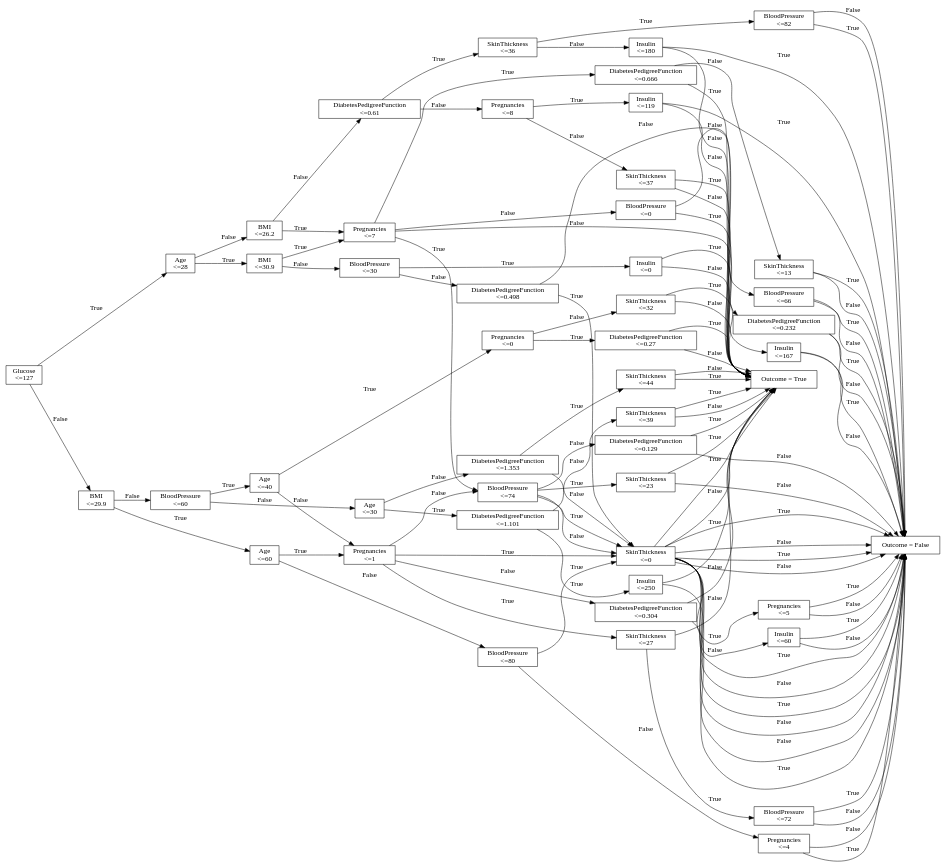
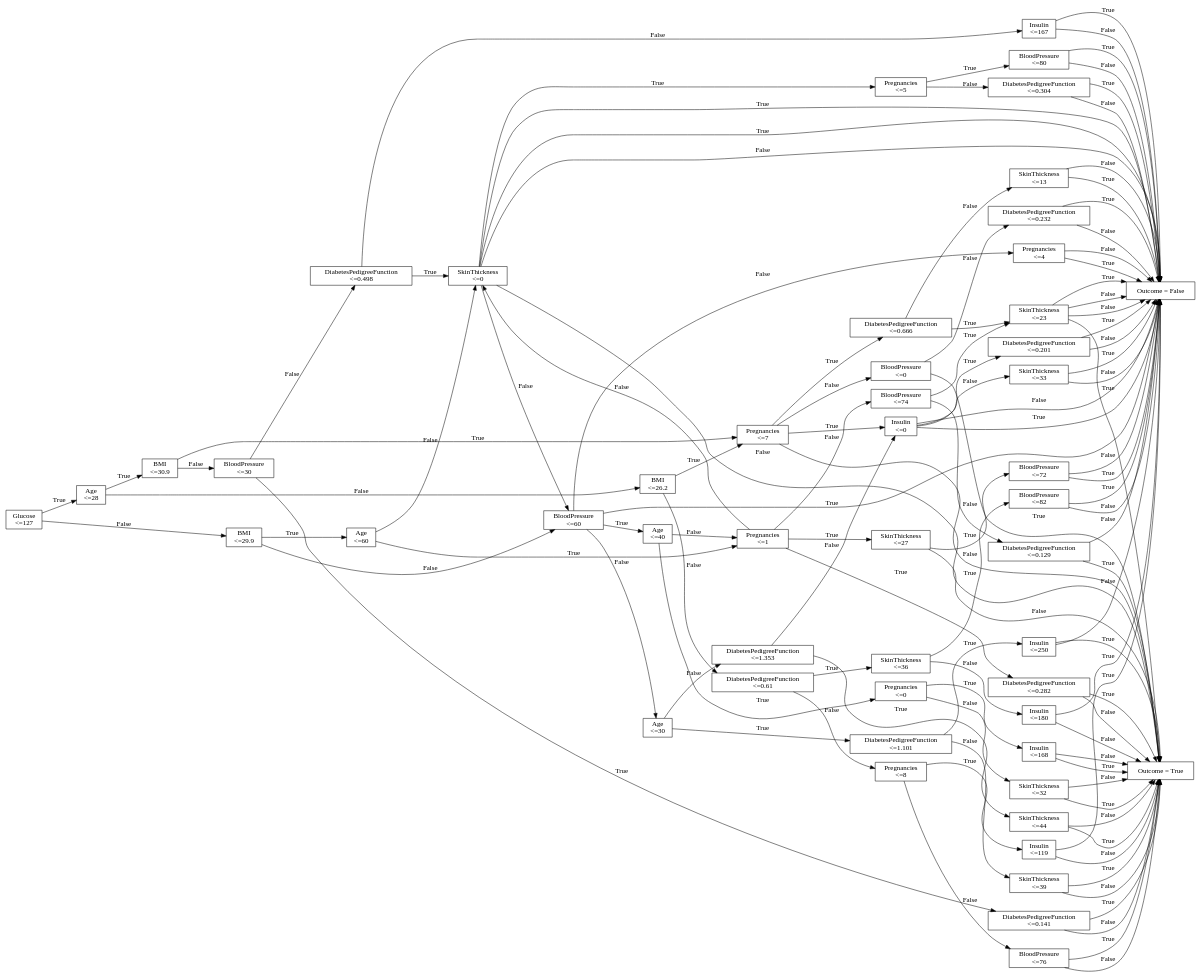
The diagram in Assignment-1/decision_tree.gv (Debanjan2001/CS60050-Machine-Learning), drawn with Graphviz before and after one commit. The commit also changed 3 other files, not shown here.

```diff
--- a/Assignment-1/decision_tree.gv
+++ b/Assignment-1/decision_tree.gv
@@ -35,8 +35,8 @@
 <=60" -> "Pregnancies
 <=1" [label=True]
 	"Age
-<=60" -> "BloodPressure
-<=80" [label=False]
+<=60" -> "SkinThickness
+<=0" [label=False]
 	"BloodPressure
 <=60" -> "Age
 <=40" [label=True]
@@ -49,14 +49,14 @@
 	"Pregnancies
 <=7" -> "Outcome = True" [label=False]
 	"BloodPressure
-<=30" -> "Insulin
-<=0" [label=True]
+<=30" -> "DiabetesPedigreeFunction
+<=0.141" [label=True]
 	"BloodPressure
 <=30" -> "DiabetesPedigreeFunction
 <=0.498" [label=False]
 	"Pregnancies
-<=7" -> "BloodPressure
-<=74" [label=True]
+<=7" -> "Insulin
+<=0" [label=True]
 	"Pregnancies
 <=7" -> "BloodPressure
 <=0" [label=False]
@@ -72,12 +72,12 @@
 	"Pregnancies
 <=1" -> "BloodPressure
 <=74" [label=False]
-	"BloodPressure
-<=80" -> "SkinThickness
-<=0" [label=True]
-	"BloodPressure
-<=80" -> "Pregnancies
-<=4" [label=False]
+	"SkinThickness
+<=0" -> "Pregnancies
+<=5" [label=True]
+	"SkinThickness
+<=0" -> "BloodPressure
+<=60" [label=False]
 	"Age
 <=40" -> "Pregnancies
 <=0" [label=True]
@@ -91,27 +91,27 @@
 <=30" -> "DiabetesPedigreeFunction
 <=1.353" [label=False]
 	"DiabetesPedigreeFunction
-<=0.666" -> "BloodPressure
-<=66" [label=True]
+<=0.666" -> "SkinThickness
+<=23" [label=True]
 	"DiabetesPedigreeFunction
 <=0.666" -> "SkinThickness
 <=13" [label=False]
-	"Insulin
-<=0" -> "Outcome = True" [label=True]
-	"Insulin
-<=0" -> "Outcome = True" [label=False]
+	"DiabetesPedigreeFunction
+<=0.141" -> "Outcome = True" [label=True]
+	"DiabetesPedigreeFunction
+<=0.141" -> "Outcome = True" [label=False]
 	"DiabetesPedigreeFunction
 <=0.498" -> "SkinThickness
 <=0" [label=True]
 	"DiabetesPedigreeFunction
 <=0.498" -> "Insulin
 <=167" [label=False]
-	"BloodPressure
-<=74" -> "SkinThickness
-<=0" [label=True]
-	"BloodPressure
-<=74" -> "SkinThickness
-<=0" [label=False]
+	"Insulin
+<=0" -> "DiabetesPedigreeFunction
+<=0.201" [label=True]
+	"Insulin
+<=0" -> "SkinThickness
+<=33" [label=False]
 	"BloodPressure
 <=0" -> "Outcome = True" [label=True]
 	"BloodPressure
@@ -127,8 +127,8 @@
 <=8" -> "Insulin
 <=119" [label=True]
 	"Pregnancies
-<=8" -> "SkinThickness
-<=37" [label=False]
+<=8" -> "BloodPressure
+<=76" [label=False]
 	"SkinThickness
 <=27" -> "BloodPressure
 <=72" [label=True]
@@ -140,28 +140,29 @@
 	"BloodPressure
 <=74" -> "DiabetesPedigreeFunction
 <=0.129" [label=False]
-	"SkinThickness
-<=0" -> "Pregnancies
-<=5" [label=True]
-	"SkinThickness
+	"Pregnancies
+<=5" -> "BloodPressure
+<=80" [label=True]
+	"Pregnancies
+<=5" -> "DiabetesPedigreeFunction
+<=0.304" [label=False]
+	"BloodPressure
+<=60" -> "Outcome = False" [label=True]
+	"BloodPressure
+<=60" -> "Pregnancies
+<=4" [label=False]
+	"Pregnancies
 <=0" -> "Insulin
-<=60" [label=False]
-	"Pregnancies
-<=4" -> "Outcome = False" [label=True]
-	"Pregnancies
-<=4" -> "Outcome = False" [label=False]
-	"Pregnancies
-<=0" -> "DiabetesPedigreeFunction
-<=0.27" [label=True]
+<=168" [label=True]
 	"Pregnancies
 <=0" -> "SkinThickness
 <=32" [label=False]
 	"Pregnancies
+<=1" -> "DiabetesPedigreeFunction
+<=0.282" [label=True]
+	"Pregnancies
 <=1" -> "SkinThickness
-<=0" [label=True]
-	"Pregnancies
-<=1" -> "DiabetesPedigreeFunction
-<=0.304" [label=False]
+<=0" [label=False]
 	"DiabetesPedigreeFunction
 <=1.101" -> "Insulin
 <=250" [label=True]
@@ -172,12 +173,12 @@
 <=1.353" -> "SkinThickness
 <=44" [label=True]
 	"DiabetesPedigreeFunction
-<=1.353" -> "SkinThickness
+<=1.353" -> "Insulin
 <=0" [label=False]
-	"BloodPressure
-<=66" -> "Outcome = False" [label=True]
-	"BloodPressure
-<=66" -> "Outcome = False" [label=False]
+	"SkinThickness
+<=23" -> "Outcome = False" [label=True]
+	"SkinThickness
+<=23" -> "Outcome = False" [label=False]
 	"SkinThickness
 <=13" -> "Outcome = False" [label=True]
 	"SkinThickness
@@ -190,14 +191,14 @@
 <=167" -> "Outcome = False" [label=True]
 	"Insulin
 <=167" -> "Outcome = False" [label=False]
+	"DiabetesPedigreeFunction
+<=0.201" -> "Outcome = False" [label=True]
+	"DiabetesPedigreeFunction
+<=0.201" -> "Outcome = False" [label=False]
 	"SkinThickness
-<=0" -> "Outcome = False" [label=True]
+<=33" -> "Outcome = False" [label=True]
 	"SkinThickness
-<=0" -> "Outcome = False" [label=False]
-	"SkinThickness
-<=0" -> "Outcome = False" [label=True]
-	"SkinThickness
-<=0" -> "Outcome = False" [label=False]
+<=33" -> "Outcome = False" [label=False]
 	"DiabetesPedigreeFunction
 <=0.232" -> "Outcome = False" [label=True]
 	"DiabetesPedigreeFunction
@@ -214,10 +215,10 @@
 <=119" -> "Outcome = False" [label=True]
 	"Insulin
 <=119" -> "Outcome = True" [label=False]
-	"SkinThickness
-<=37" -> "Outcome = True" [label=True]
-	"SkinThickness
-<=37" -> "Outcome = True" [label=False]
+	"BloodPressure
+<=76" -> "Outcome = True" [label=True]
+	"BloodPressure
+<=76" -> "Outcome = True" [label=False]
 	"BloodPressure
 <=72" -> "Outcome = False" [label=True]
 	"BloodPressure
@@ -230,30 +231,34 @@
 <=0.129" -> "Outcome = True" [label=True]
 	"DiabetesPedigreeFunction
 <=0.129" -> "Outcome = False" [label=False]
+	"BloodPressure
+<=80" -> "Outcome = False" [label=True]
+	"BloodPressure
+<=80" -> "Outcome = False" [label=False]
+	"DiabetesPedigreeFunction
+<=0.304" -> "Outcome = False" [label=True]
+	"DiabetesPedigreeFunction
+<=0.304" -> "Outcome = False" [label=False]
 	"Pregnancies
-<=5" -> "Outcome = False" [label=True]
+<=4" -> "Outcome = False" [label=True]
 	"Pregnancies
-<=5" -> "Outcome = False" [label=False]
+<=4" -> "Outcome = False" [label=False]
 	"Insulin
-<=60" -> "Outcome = False" [label=True]
+<=168" -> "Outcome = True" [label=True]
 	"Insulin
-<=60" -> "Outcome = False" [label=False]
-	"DiabetesPedigreeFunction
-<=0.27" -> "Outcome = True" [label=True]
-	"DiabetesPedigreeFunction
-<=0.27" -> "Outcome = True" [label=False]
+<=168" -> "Outcome = True" [label=False]
 	"SkinThickness
 <=32" -> "Outcome = True" [label=True]
 	"SkinThickness
 <=32" -> "Outcome = True" [label=False]
+	"DiabetesPedigreeFunction
+<=0.282" -> "Outcome = True" [label=True]
+	"DiabetesPedigreeFunction
+<=0.282" -> "Outcome = True" [label=False]
 	"SkinThickness
-<=0" -> "Outcome = True" [label=True]
+<=0" -> "Outcome = False" [label=True]
 	"SkinThickness
 <=0" -> "Outcome = True" [label=False]
-	"DiabetesPedigreeFunction
-<=0.304" -> "Outcome = False" [label=True]
-	"DiabetesPedigreeFunction
-<=0.304" -> "Outcome = True" [label=False]
 	"Insulin
 <=250" -> "Outcome = True" [label=True]
 	"Insulin
@@ -266,8 +271,8 @@
 <=44" -> "Outcome = True" [label=True]
 	"SkinThickness
 <=44" -> "Outcome = True" [label=False]
-	"SkinThickness
+	"Insulin
 <=0" -> "Outcome = False" [label=True]
-	"SkinThickness
+	"Insulin
 <=0" -> "Outcome = False" [label=False]
 }
```
